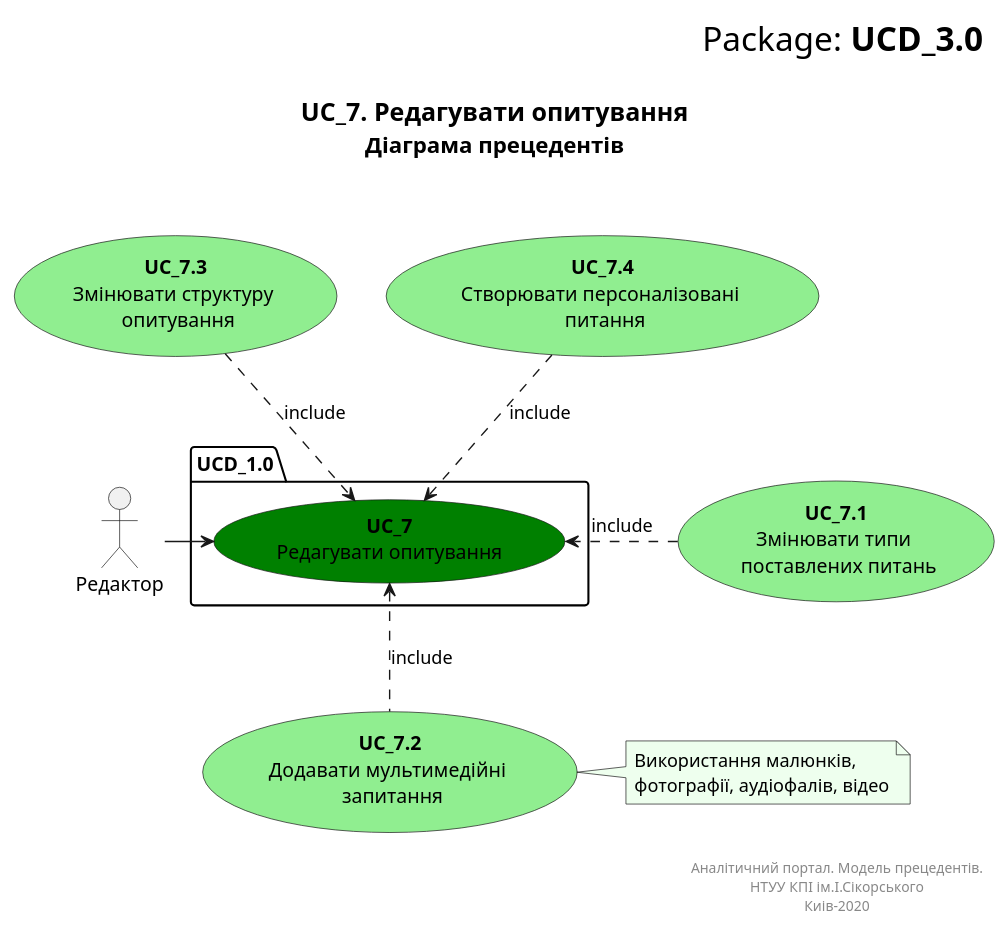
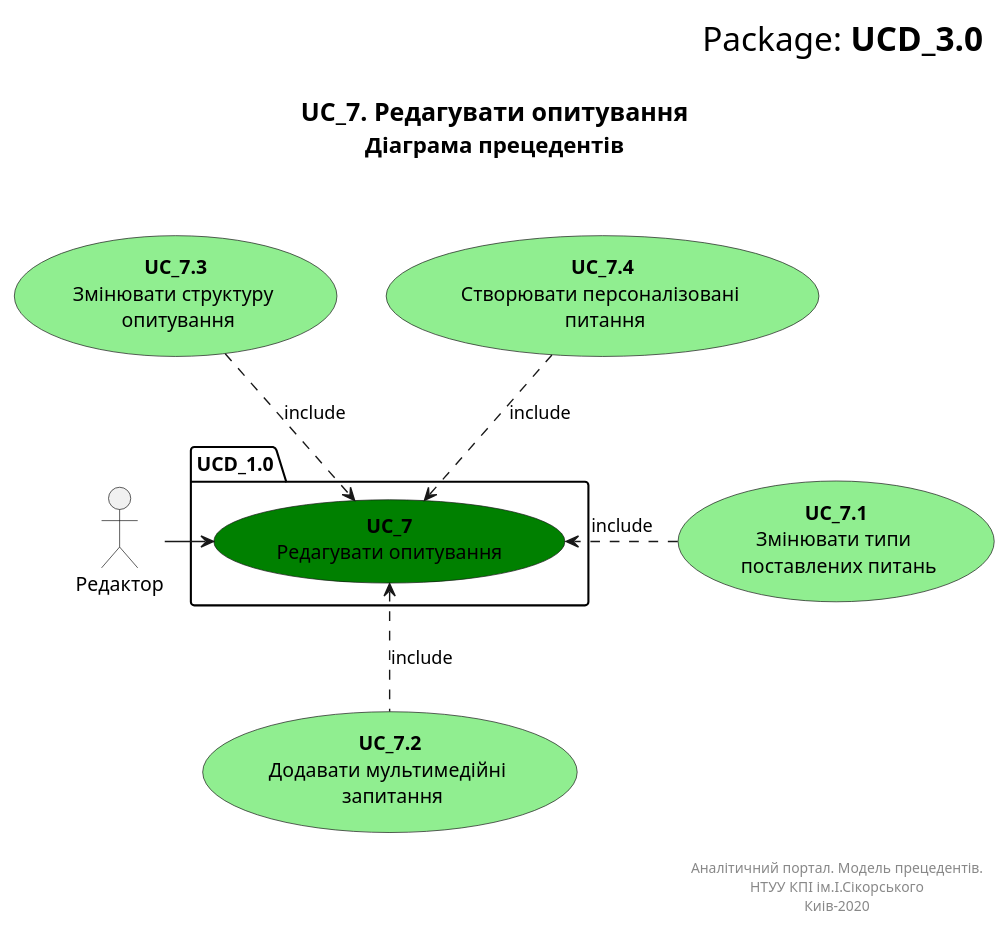
The diagram in UCD_2.puml (vano7577/UML), drawn with PlantUML before and after one commit.

```diff
--- a/UCD_2.puml
+++ b/UCD_2.puml
@@ -1,44 +1,40 @@
 @startuml UCD_3.0
 
 right header
 <font size=24 color=black>Package:<b> UCD_3.0
 
 end header
 
 title
 <font size=18 color=black>UC_7. Редагувати опитування
 <font size=16 color=black>Діаграма прецедентів
 
 
 end title
 
 package UCD_1.0 {
 usecase "<b>UC_7</b>\nРедагувати опитування" as UC_7 #Green
 }
 
 actor "Редактор" as Collaborator
 usecase "<b>UC_7.1</b>\nЗмінювати типи \n поставлених питань" as UC_7.1  #LightGreen
 usecase "<b>UC_7.2</b>\nДодавати мультимедійні \n запитання"  as UC_7.2 #LightGreen
 usecase "<b>UC_7.3</b>\nЗмінювати структуру \n опитування" as UC_7.3  #LightGreen
 usecase "<b>UC_7.4</b>\nСтворювати персоналізовані \n питання" as UC_7.4  #LightGreen
 
 Collaborator -> UC_7
 
 UC_7.2 .u.> UC_7 : include
 UC_7.3 ..> UC_7 : include
 UC_7.4 ..> UC_7: include
 UC_7.1 .> UC_7: include
 
-note right of UC_7.2 #eeffee
-Використання малюнків,
-фотографії, аудіофалів, відео
-end note
 
 right footer
 
 Аналітичний портал. Модель прецедентів.
 НТУУ КПІ ім.І.Сікорського
 Киів-2020
 end footer
  
 @enduml
```
